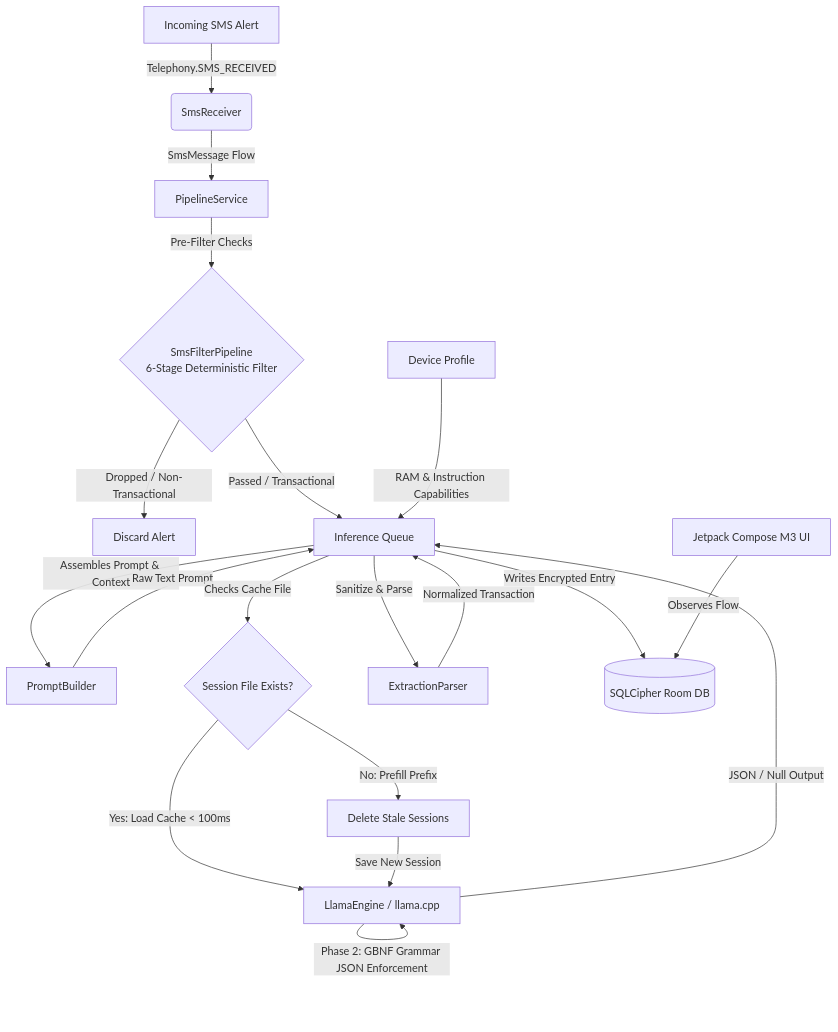
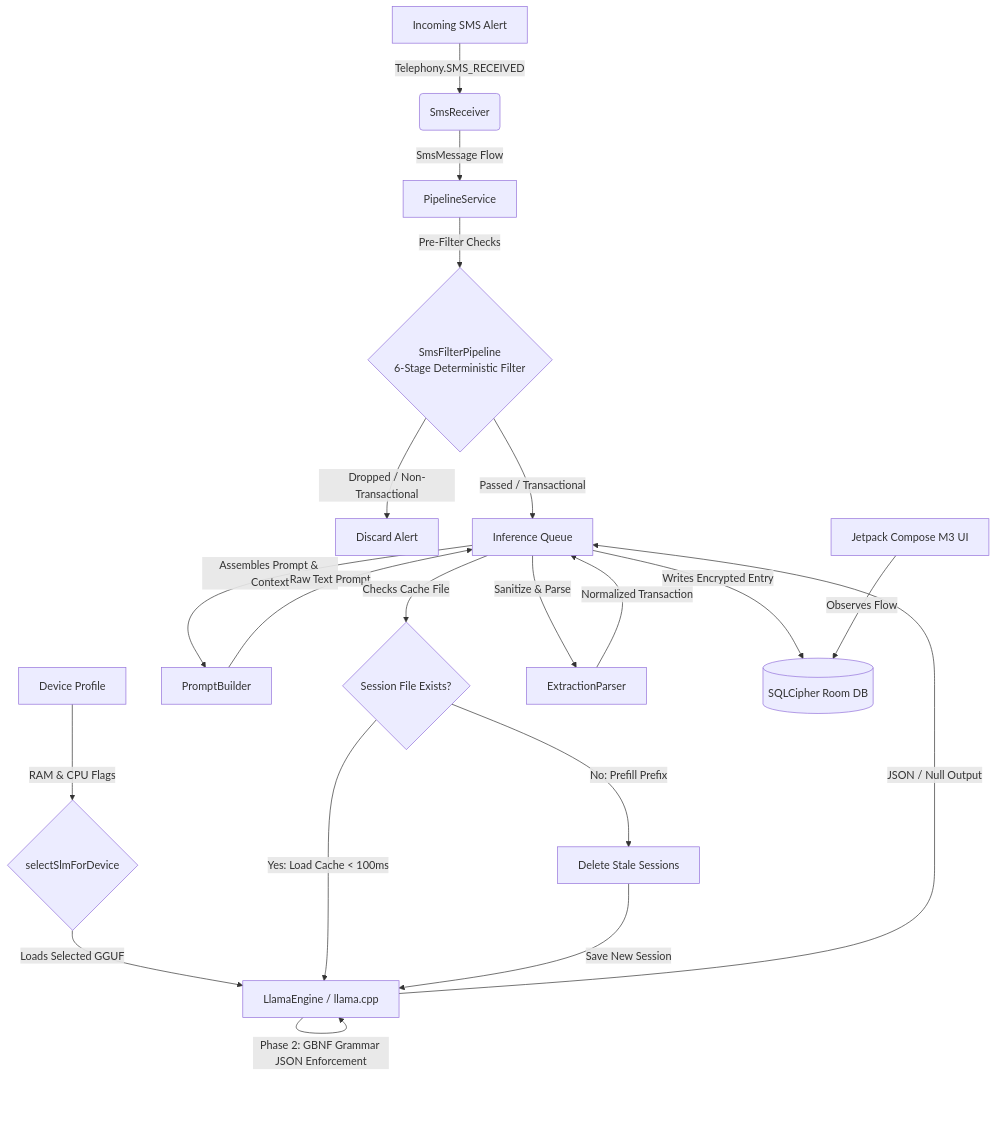
One commit to ManishAradwad/pocket-financer-android changed the diagram in README.md. Above: the diagram before and after it, drawn with Mermaid. The commit also changed other lines of this file, not shown here.

````diff
--- a/README.md
+++ b/README.md
@@ -37,22 +37,23 @@
 ```mermaid
 graph TD
     A[Incoming SMS Alert] -->|Telephony.SMS_RECEIVED| B(SmsReceiver)
     B -->|SmsMessage Flow| C[PipelineService]
     C -->|Pre-Filter Checks| FP{SmsFilterPipeline<br>6-Stage Deterministic Filter}
     FP -->|Dropped / Non-Transactional| Discard[Discard Alert]
     FP -->|Passed / Transactional| C2[Inference Queue]
-    D[Device Profile] -->|RAM & Instruction Capabilities| C2
+    D[Device Profile] -->|RAM & CPU Flags| SEL{selectSlmForDevice}
+    SEL -->|Loads Selected GGUF| F[LlamaEngine / llama.cpp]
     C2 -->|Assembles Prompt & Context| E[PromptBuilder]
     E -->|Raw Text Prompt| C2
     C2 -->|Checks Cache File| CHK{Session File Exists?}
-    CHK -->|Yes: Load Cache < 100ms| F[LlamaEngine / llama.cpp]
+    CHK -->|Yes: Load Cache < 100ms| F
     CHK -->|No: Prefill Prefix| DEL[Delete Stale Sessions]
     DEL -->|Save New Session| F
     F -->|Phase 1: Chain of Thought Reasoning| F
     F -->|Phase 2: GBNF Grammar JSON Enforcement| F
     F -->|JSON / Null Output| C2
     C2 -->|Sanitize & Parse| G[ExtractionParser]
     G -->|Normalized Transaction| C2
     C2 -->|Writes Encrypted Entry| H[(SQLCipher Room DB)]
     I[Jetpack Compose M3 UI] -->|Observes Flow| H
 ```
````
